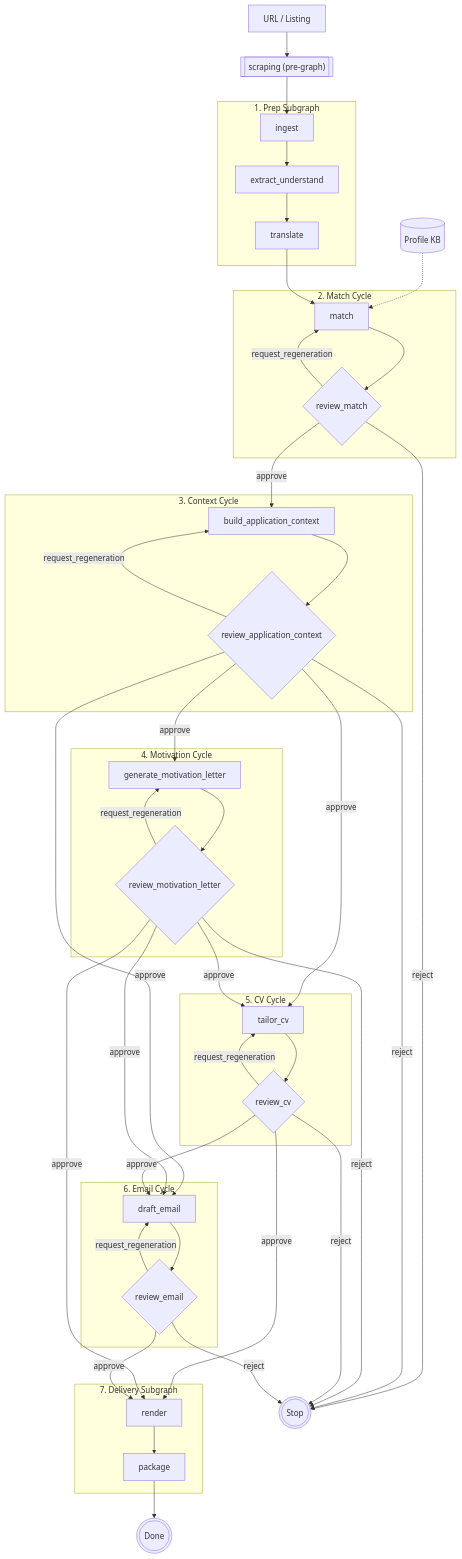
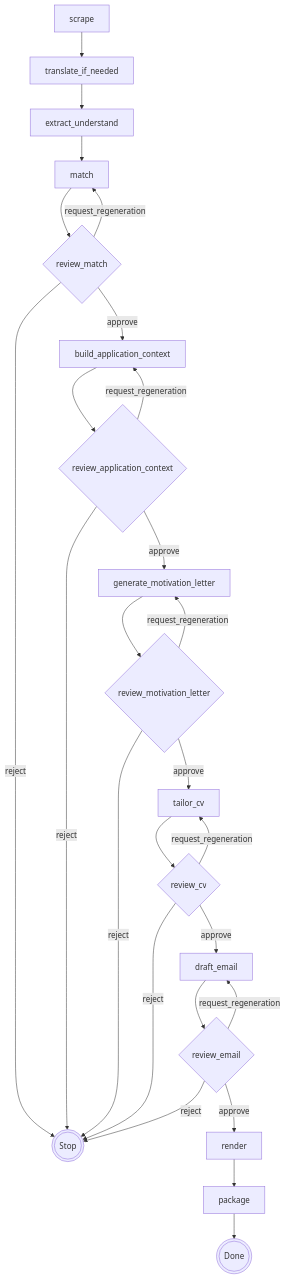
The second of 2 diagrams in docs/graph/nodes_summary.md (jpcosec/podyulsyot3001), drawn with Mermaid before and after one commit. The commit also changed other lines of this file and 19 other files, not shown here.

````diff
--- a/docs/graph/nodes_summary.md
+++ b/docs/graph/nodes_summary.md
@@ -124,66 +162,34 @@
 ```mermaid
 flowchart TD
-    URL["URL / Listing"] --> Scrape
-    Profile[("Profile KB")] -.-> Match
+    Scrape[scrape] --> Translate[translate_if_needed]
+    Translate --> Extract[extract_understand]
+    Extract --> Match[match]
 
-    Scrape[["scraping (pre-graph)"]] --> Ingest
+    Match --> ReviewMatch{review_match}
+    ReviewMatch -- request_regeneration --> Match
+    ReviewMatch -- approve --> Context[build_application_context]
+    ReviewMatch -- reject --> Stop(((Stop)))
 
-    subgraph prep_subgraph ["1. Prep Subgraph"]
-        Ingest[ingest] --> Extract[extract_understand]
-        Extract --> Translate[translate]
-    end
+    Context --> ReviewContext{review_application_context}
+    ReviewContext -- request_regeneration --> Context
+    ReviewContext -- approve --> Letter[generate_motivation_letter]
+    ReviewContext -- reject --> Stop
 
-    Translate --> Match
+    Letter --> ReviewLetter{review_motivation_letter}
+    ReviewLetter -- request_regeneration --> Letter
+    ReviewLetter -- approve --> CV[tailor_cv]
+    ReviewLetter -- reject --> Stop
 
-    subgraph match_cycle_subgraph ["2. Match Cycle"]
-        Match[match] --> ReviewMatch{review_match}
-        ReviewMatch -- request_regeneration --> Match
-    end
+    CV --> ReviewCV{review_cv}
+    ReviewCV -- request_regeneration --> CV
+    ReviewCV -- approve --> Email[draft_email]
+    ReviewCV -- reject --> Stop
 
-    ReviewMatch -- approve --> Context
+    Email --> ReviewEmail{review_email}
+    ReviewEmail -- request_regeneration --> Email
+    ReviewEmail -- approve --> Render[render]
+    ReviewEmail -- reject --> Stop
 
-    subgraph context_cycle_subgraph ["3. Context Cycle"]
-        Context[build_application_context] --> ReviewContext{review_application_context}
-        ReviewContext -- request_regeneration --> Context
-    end
-
-    ReviewContext -- approve --> Letter
-
-    subgraph motivation_cycle_subgraph ["4. Motivation Cycle"]
-        Letter[generate_motivation_letter] --> ReviewLetter{review_motivation_letter}
-        ReviewLetter -- request_regeneration --> Letter
-    end
-
-    ReviewContext -- approve --> CV
-    ReviewLetter -- approve --> CV
-
-    subgraph cv_cycle_subgraph ["5. CV Cycle"]
-        CV[tailor_cv] --> ReviewCV{review_cv}
-        ReviewCV -- request_regeneration --> CV
-    end
-
-    ReviewContext -- approve --> Email
-    ReviewLetter -- approve --> Email
-    ReviewCV -- approve --> Email
-
-    subgraph email_cycle_subgraph ["6. Email Cycle"]
-        Email[draft_email] --> ReviewEmail{review_email}
-        ReviewEmail -- request_regeneration --> Email
-    end
-
-    ReviewCV -- approve --> Render
-    ReviewLetter -- approve --> Render
-    ReviewEmail -- approve --> Render
-
-    subgraph delivery_subgraph ["7. Delivery Subgraph"]
-        Render[render] --> Package[package]
-    end
-
+    Render --> Package[package]
     Package --> Done(((Done)))
-
-    ReviewMatch -- reject --> Stop(((Stop)))
-    ReviewContext -- reject --> Stop
-    ReviewLetter -- reject --> Stop
-    ReviewCV -- reject --> Stop
-    ReviewEmail -- reject --> Stop
 ```
````
